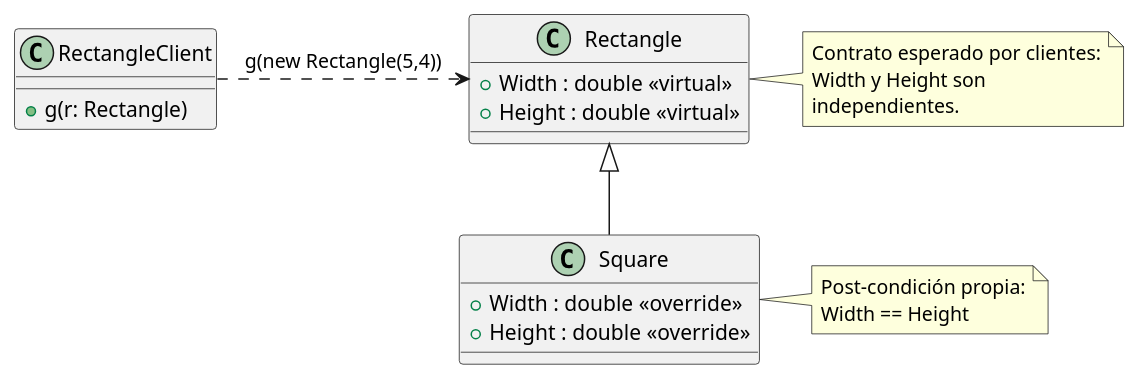
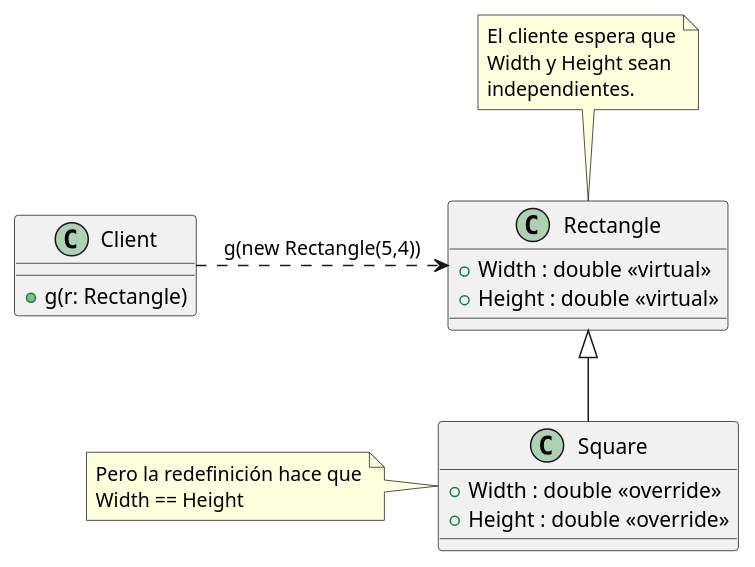
The sixth of 7 diagrams in slides/diseno/principios.md (uca-gii/gii-dss), drawn with PlantUML before and after one commit. The commit also changed other lines of this file, not shown here.

Commit message:
Refactor principios.md: mejorar la claridad y consistencia en la representación de clases y relaciones, y corregir la implementación de Rectangle y Square.

```diff
--- a/slides/diseno/principios.md
+++ b/slides/diseno/principios.md
@@ -1513,29 +1523,29 @@
 @startuml
 class Rectangle {
   +Width : double <<virtual>>
   +Height : double <<virtual>>
 }
 
 class Square {
   +Width : double <<override>>
   +Height : double <<override>>
 }
 
-class RectangleClient {
+class Client {
   +g(r: Rectangle)
 }
 
 Square -up-|> Rectangle
-RectangleClient .right.> Rectangle : g(new Rectangle(5,4))
+Client .right.> Rectangle : g(new Rectangle(5,4))
 
-note right of Rectangle
-  Contrato esperado por clientes:
-  Width y Height son
+note top of Rectangle
+  El cliente espera que
+  Width y Height sean
   independientes.
 end note
 
-note right of Square
-  Post-condición propia:
+note left of Square
+  Pero la redefinición hace que
   Width == Height
 end note
 @enduml
```
